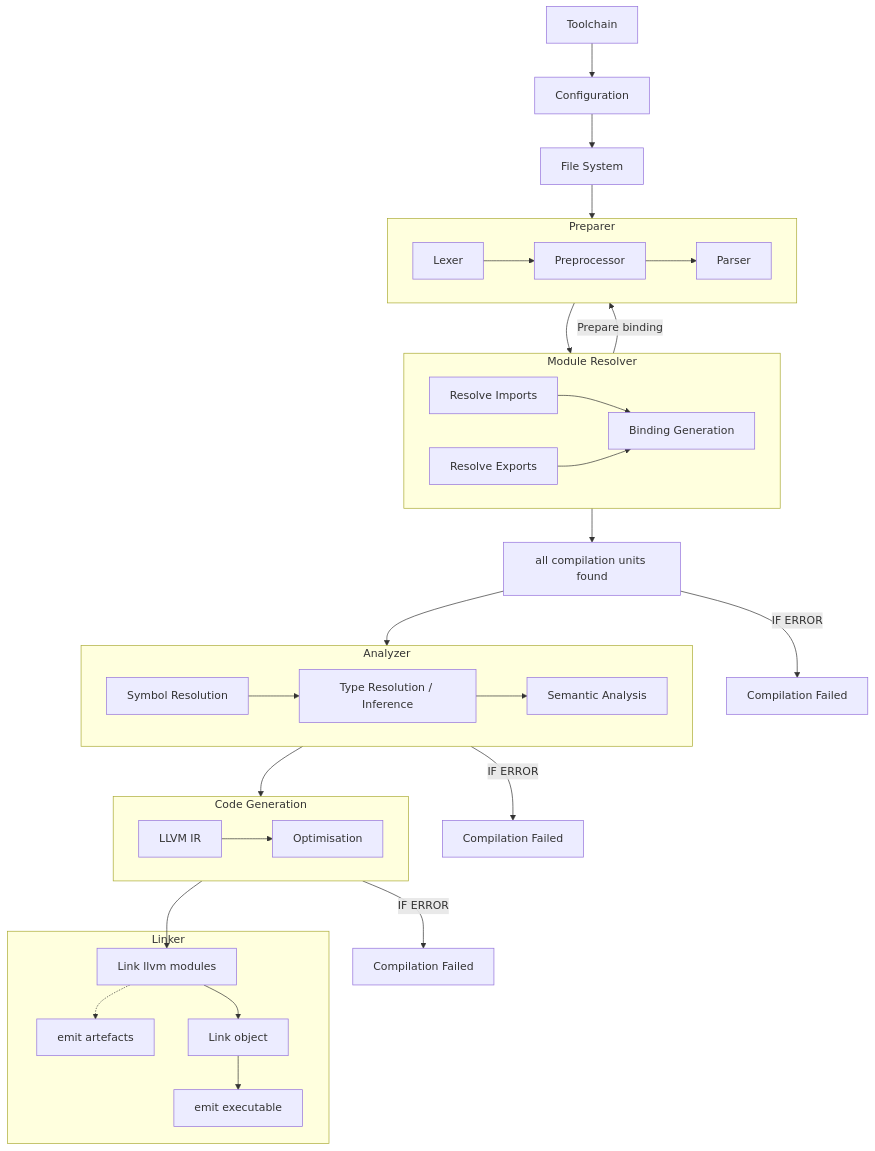
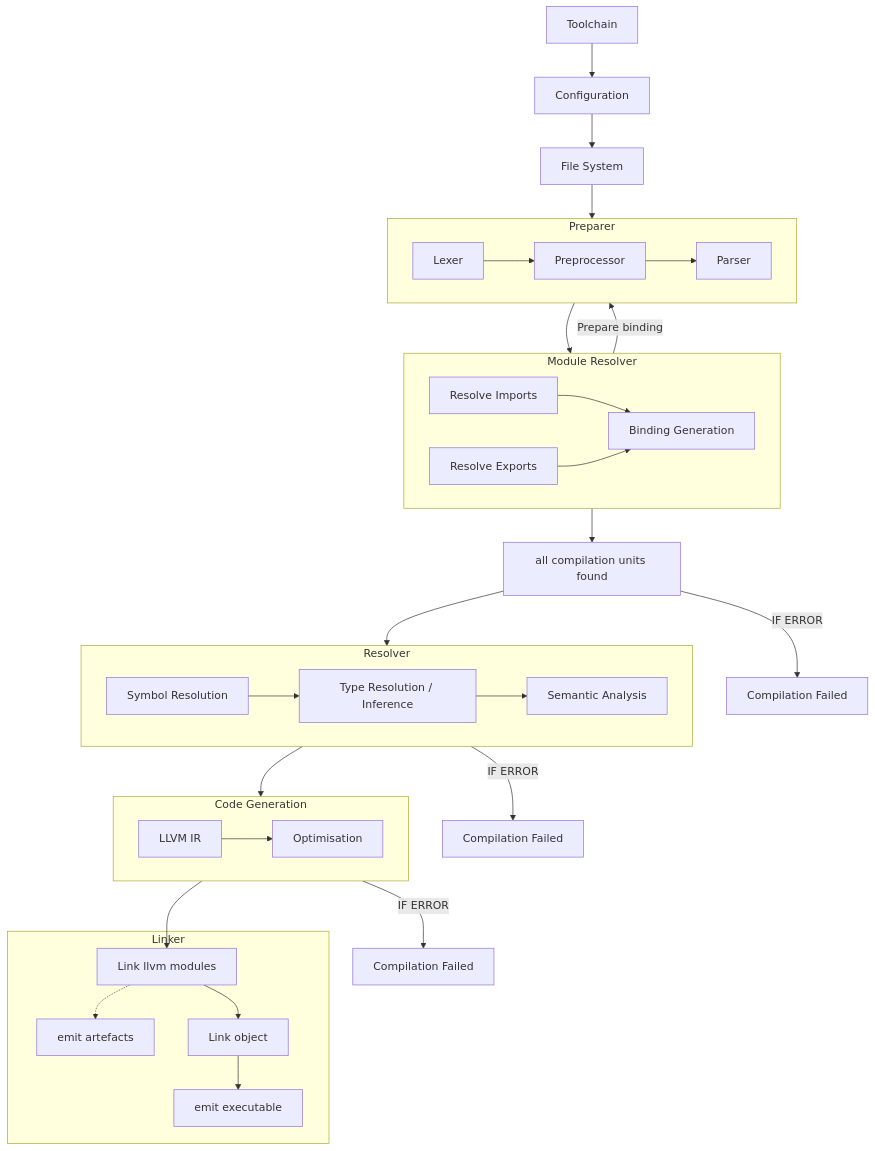
The diagram in docs/wiki/compiler/pipeline.md (TheProgrammare/Tolza), drawn with Mermaid before and after one commit.

````diff
--- a/docs/wiki/compiler/pipeline.md
+++ b/docs/wiki/compiler/pipeline.md
@@ -3,48 +3,48 @@
 ```mermaid
 flowchart TB
     A[Toolchain] --> B[Configuration]
     B --> FS[File System]
     FS --> C
     subgraph E[Module Resolver]
         E2[Resolve Exports]
         E3[Resolve Imports]
         E3 --> E4[Binding Generation]
         E2 --> E4
     end
     subgraph C[Preparer]
         C2[Lexer]
         C2 --> C3[Preprocessor]
         C3 --> C4[Parser]
     end
 
     C --> E
     E -- Prepare binding --> C
 
     E --> F[all compilation units found]
     F -- IF ERROR --> X[Compilation Failed]
     F --> H
 
-     subgraph H[Analyzer]
+     subgraph H[Resolver]
         H1[Symbol Resolution]
         H1 --> H2[Type Resolution / Inference]
         H2 --> H3[Semantic Analysis]
     end
 
     H --> J
     H -- IF ERROR --> X1[Compilation Failed]
 
     subgraph J[Code Generation]
         J1[LLVM IR]
         J1 --> J2[Optimisation]
     end
 
     J --> L
     J -- IF ERROR --> X2[Compilation Failed]
     
     subgraph K[Linker]
         L[Link llvm modules]
         L .-> L1[emit artefacts]
         L --> L2[Link object]
         L2 --> L3[emit executable]
     end
 ```
````
